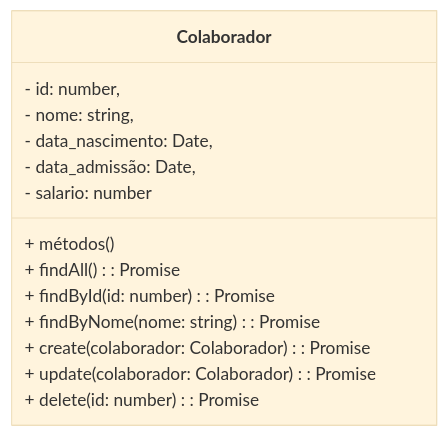
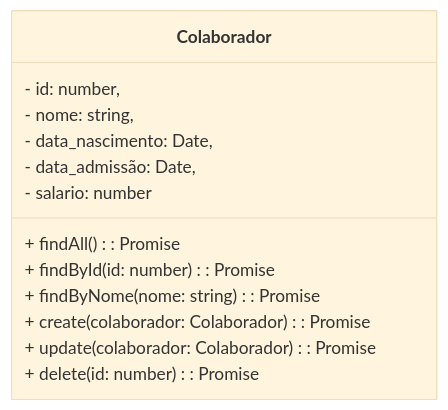
One commit to grupo-02-turma-javascript-06/rh-backend changed the diagram in README.md. Above: the diagram before and after it, drawn with Mermaid (base theme).

Commit message:
:books: Docs: Atualizado o README.md

````diff
--- a/README.md
+++ b/README.md
@@ -33,18 +33,17 @@
 ```mermaid
 classDiagram
 class Colaborador{
   - id: number,
   - nome: string,
   - data_nascimento: Date,
   - data_admissão: Date,
   - salario: number
 
-  + métodos()
   + findAll (): Promise<Colaborador[]>
   + findById(id: number): Promise<Colaborador>
   + findByNome(nome: string): Promise<Colaborador[]>
   + create(colaborador: Colaborador): Promise<Colaborador>
   + update(colaborador: Colaborador): Promise<Colaborador>
   + delete(id: number): Promise<DeleteResult>
 }
 ```
````
